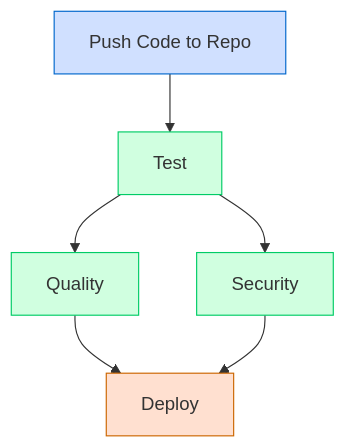
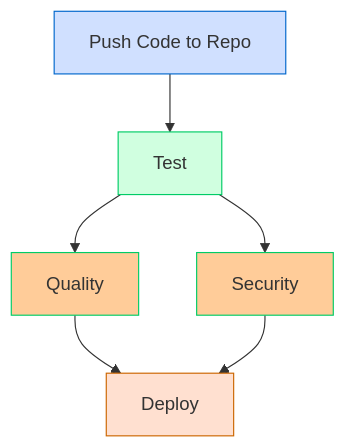
Before and after one commit to wolkwork/ci-cd-pipeline: the diagram in README.md, drawn with Mermaid. The commit also changed other lines of this file and 1 other file, not shown here.

````diff
--- a/README.md
+++ b/README.md
@@ -16,14 +16,14 @@
 ```mermaid
 flowchart TD
     A[Push Code to Repo] --> B[Test]
     B --> C[Quality]
     B --> D[Security]
     C --> E[Deploy]
     D --> E
 
     style A fill:#d0e0ff,stroke:#0066cc
     style B fill:#d0ffe0,stroke:#00cc66
-    style C fill:#d0ffe0,stroke:#00cc66
-    style D fill:#d0ffe0,stroke:#00cc66
+    style C fill:#ffcc99,stroke:#00cc66
+    style D fill:#ffcc99,stroke:#00cc66
     style E fill:#ffe0d0,stroke:#cc6600
 ```
````
